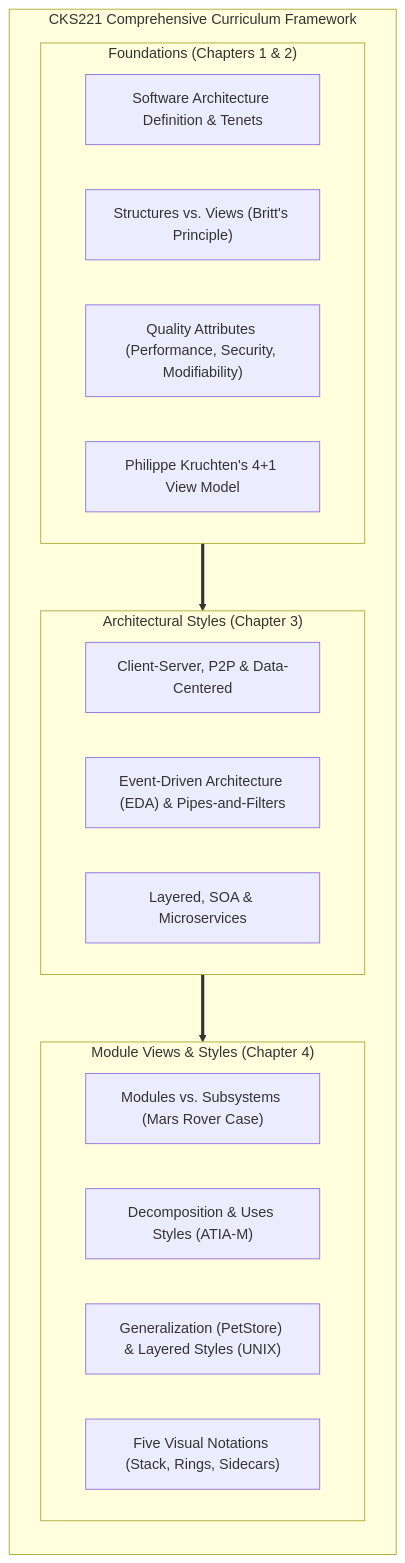
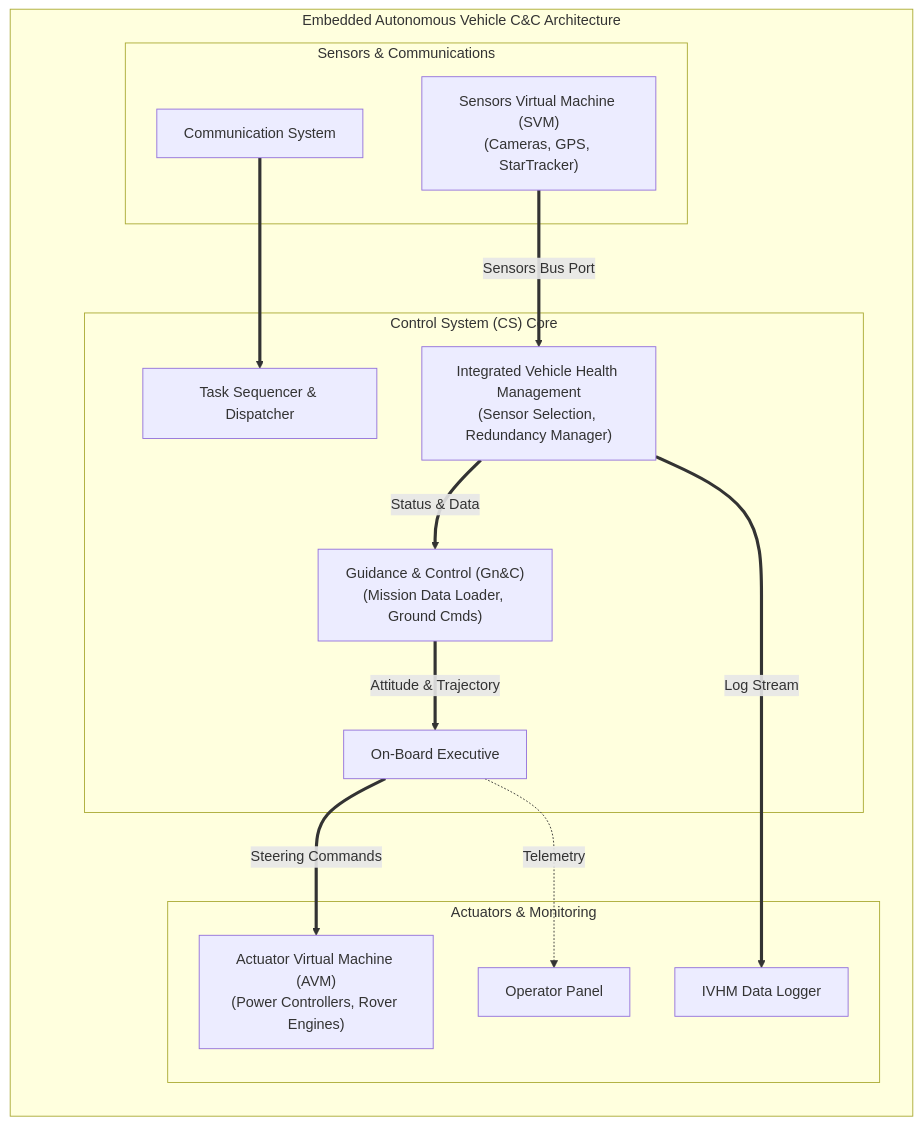
Before and after one commit to Fake1Doge/Obsidian-notes: diagram 48 of 52 in Y2S1/CKS221 Software Architecture and Design.md, drawn with Mermaid. The commit also changed other lines of this file and 6 other files, not shown here.

````diff
--- a/Y2S1/CKS221 Software Architecture and Design.md
+++ b/Y2S1/CKS221 Software Architecture and Design.md
@@ -910,25 +1881,32 @@
 ```mermaid
 flowchart TD
-    subgraph CKS221_Synthesis["CKS221 Comprehensive Curriculum Framework"]
+    subgraph EmbeddedControl["Embedded Autonomous Vehicle C&C Architecture"]
         direction TB
-        subgraph Foundations["Foundations (Chapters 1 & 2)"]
-            F1["Software Architecture Definition & Tenets"]
-            F2["Structures vs. Views (Britt's Principle)"]
-            F3["Quality Attributes (Performance, Security, Modifiability)"]
-            F4["Philippe Kruchten's 4+1 View Model"]
+
+        subgraph InputSubsystems["Sensors & Communications"]
+            Comm["Communication System"]
+            SVM["Sensors Virtual Machine (SVM)<br/>(Cameras, GPS, StarTracker)"]
         end
-        subgraph StylesCategory["Architectural Styles (Chapter 3)"]
-            S1["Client-Server, P2P & Data-Centered"]
-            S2["Event-Driven Architecture (EDA) & Pipes-and-Filters"]
-            S3["Layered, SOA & Microservices"]
+
+        subgraph ControlCore["Control System (CS) Core"]
+            GnC["Guidance & Control (Gn&C)<br/>(Mission Data Loader, Ground Cmds)"]
+            Disp["Task Sequencer & Dispatcher"]
+            Exec["On-Board Executive"]
+            IVHM["Integrated Vehicle Health Management<br/>(Sensor Selection, Redundancy Manager)"]
         end
-        subgraph ModuleCategory["Module Views & Styles (Chapter 4)"]
-            M1["Modules vs. Subsystems (Mars Rover Case)"]
-            M2["Decomposition & Uses Styles (ATIA-M)"]
-            M3["Generalization (PetStore) & Layered Styles (UNIX)"]
-            M4["Five Visual Notations (Stack, Rings, Sidecars)"]
+
+        subgraph OutputSubsystems["Actuators & Monitoring"]
+            AVM["Actuator Virtual Machine (AVM)<br/>(Power Controllers, Rover Engines)"]
+            Logger["IVHM Data Logger"]
+            Panel["Operator Panel"]
         end
-        Foundations ==> StylesCategory
-        StylesCategory ==> ModuleCategory
+
+        Comm ==> Disp
+        SVM ==>|Sensors Bus Port| IVHM
+        IVHM ==>|Status & Data| GnC
+        GnC ==>|Attitude & Trajectory| Exec
+        Exec ==>|Steering Commands| AVM
+        IVHM ==>|Log Stream| Logger
+        Exec -.->|Telemetry| Panel
     end
 ```
````
